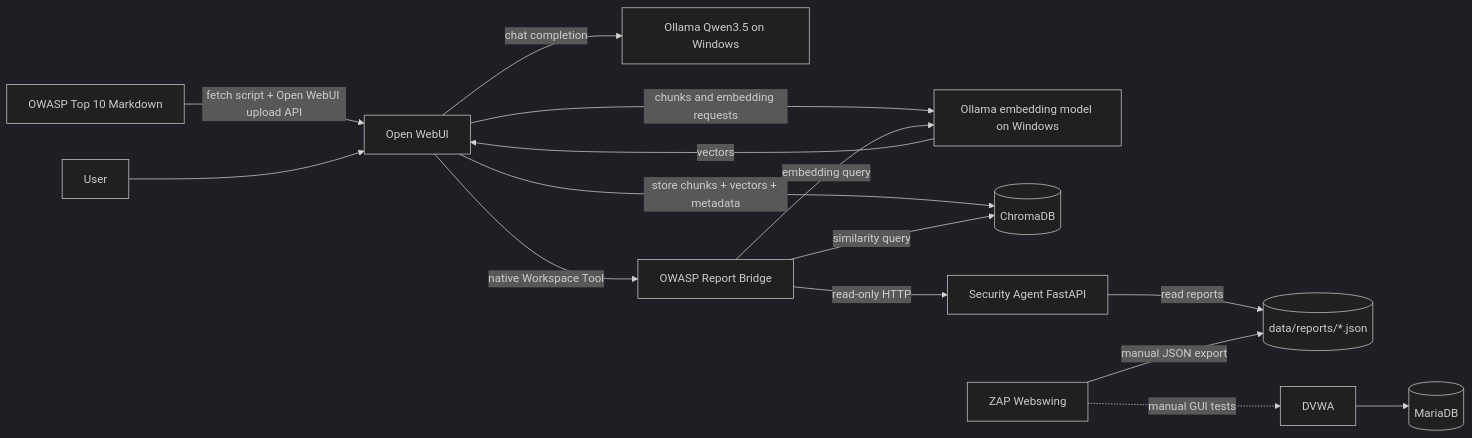
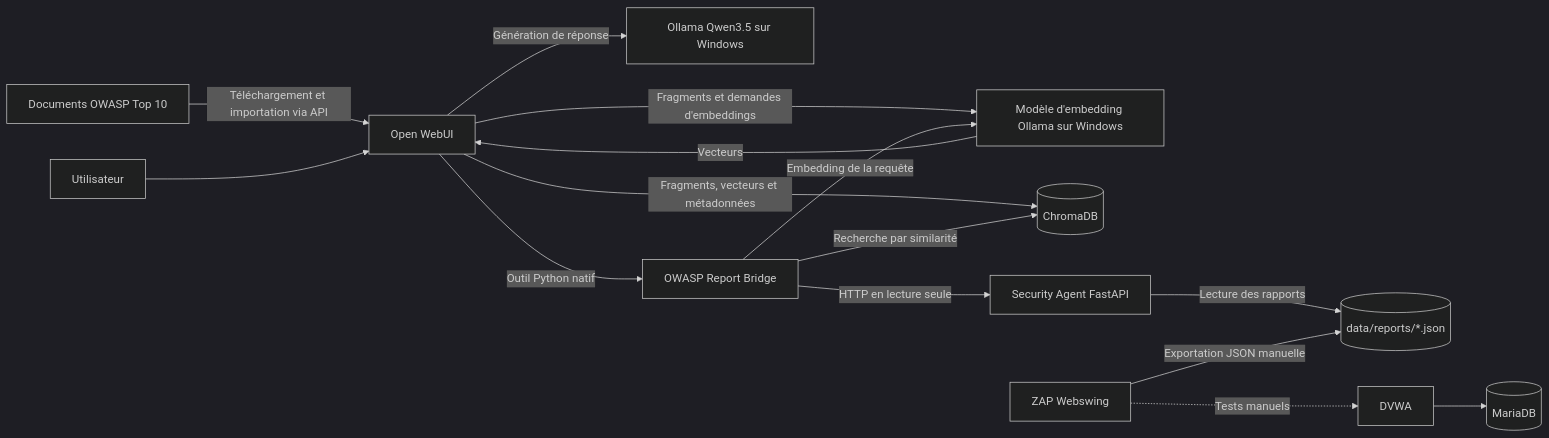
The diagram in README.md (KamalChafik/mgl805-security-rag-agent), drawn with Mermaid (dark theme) before and after one commit. The commit also changed other lines of this file and 5 other files, not shown here.

````diff
--- a/README.md
+++ b/README.md
@@ -23,17 +23,17 @@
 ```mermaid
 flowchart LR
-  D[OWASP Top 10 Markdown] -->|fetch script + Open WebUI upload API| W[Open WebUI]
-  U[User] --> W
-  W -->|chunks and embedding requests| E[Ollama embedding model on Windows]
-  E -->|vectors| W
-  W -->|store chunks + vectors + metadata| C[(ChromaDB)]
-  W -->|chat completion| L[Ollama Qwen3.5 on Windows]
-  W -->|native Workspace Tool| B[OWASP Report Bridge]
-  B -->|read-only HTTP| F[Security Agent FastAPI]
-  B -->|embedding query| E
-  B -->|similarity query| C
-  F -->|read reports| R[(data/reports/*.json)]
-  Z[ZAP Webswing] -->|manual JSON export| R
-  Z -. manual GUI tests .-> V[DVWA]
+  D[Documents OWASP Top 10] -->|Téléchargement et importation via API| W[Open WebUI]
+  U[Utilisateur] --> W
+  W -->|Fragments et demandes d'embeddings| E[Modèle d'embedding Ollama sur Windows]
+  E -->|Vecteurs| W
+  W -->|Fragments, vecteurs et métadonnées| C[(ChromaDB)]
+  W -->|Génération de réponse| L[Ollama Qwen3.5 sur Windows]
+  W -->|Outil Python natif| B[OWASP Report Bridge]
+  B -->|HTTP en lecture seule| F[Security Agent FastAPI]
+  B -->|Embedding de la requête| E
+  B -->|Recherche par similarité| C
+  F -->|Lecture des rapports| R[(data/reports/*.json)]
+  Z[ZAP Webswing] -->|Exportation JSON manuelle| R
+  Z -. Tests manuels .-> V[DVWA]
   V --> M[(MariaDB)]
 ```
````
